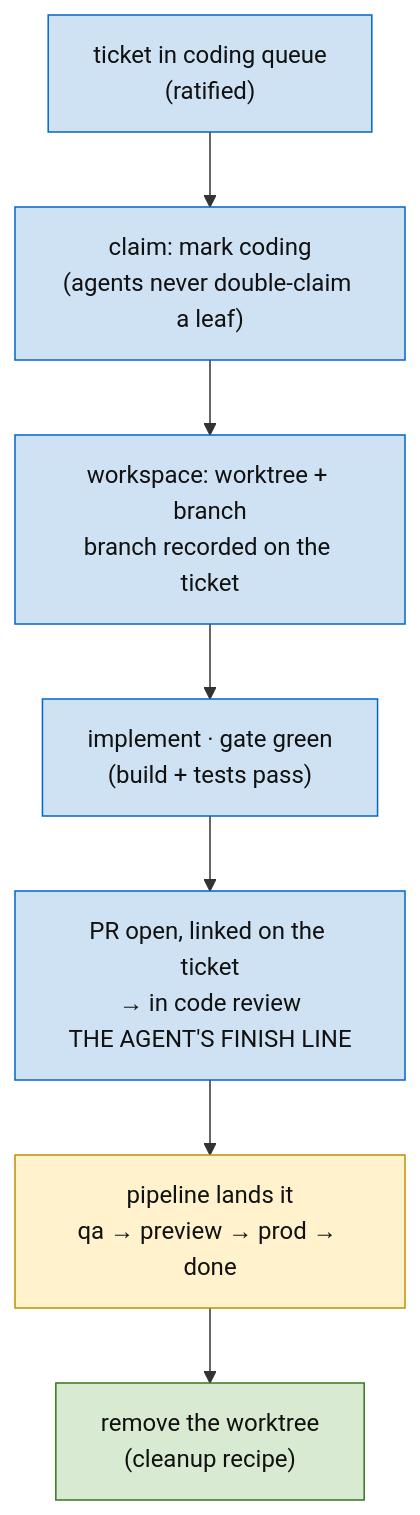
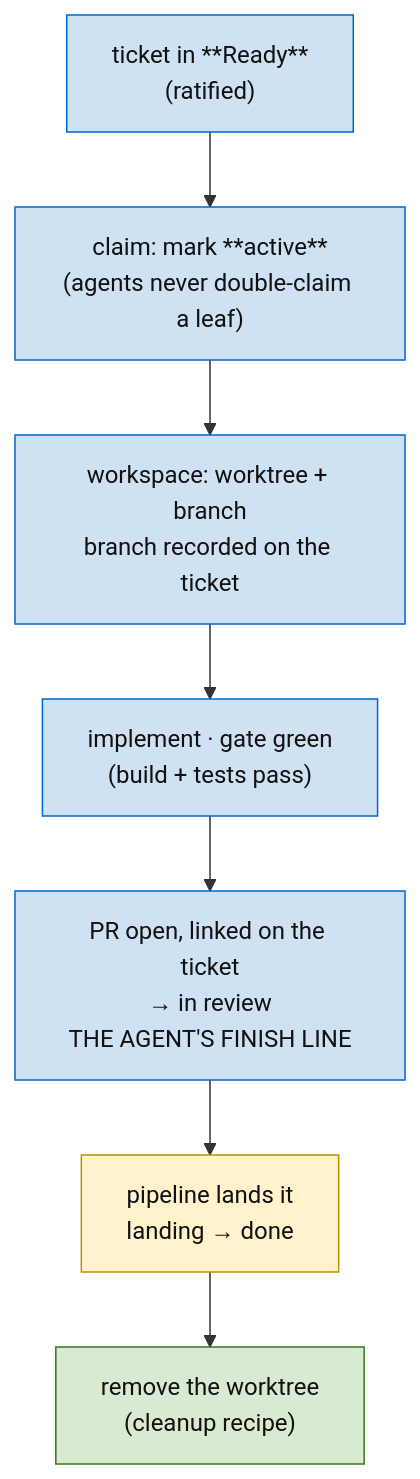
Before and after one commit to hypermemetic-ai/skills: the diagram in skills/building/SKILL.md, drawn with Mermaid. The commit also changed other lines of this file and 19 other files, not shown here.

````diff
--- a/skills/building/SKILL.md
+++ b/skills/building/SKILL.md
@@ -14,15 +14,15 @@
 ```mermaid
 graph TD
-  Q["ticket in coding queue<br/>(ratified)"] --> CLAIM["claim: mark coding<br/>(agents never double-claim a leaf)"]
+  Q["ticket in **Ready**<br/>(ratified)"] --> CLAIM["claim: mark **active**<br/>(agents never double-claim a leaf)"]
   CLAIM --> WS["workspace: worktree + branch<br/>branch recorded on the ticket"]
   WS --> IMPL["implement · gate green<br/>(build + tests pass)"]
-  IMPL --> PR["PR open, linked on the ticket<br/>→ in code review<br/>THE AGENT'S FINISH LINE"]
-  PR --> LAND["pipeline lands it<br/>qa → preview → prod → done"]
+  IMPL --> PR["PR open, linked on the ticket<br/>→ in review<br/>THE AGENT'S FINISH LINE"]
+  PR --> LAND["pipeline lands it<br/>landing → done"]
   LAND --> CLEAN["remove the worktree<br/>(cleanup recipe)"]
   classDef a fill:#cfe2f3,stroke:#0066cc,color:#111;
   classDef h fill:#fff2cc,stroke:#bf9000,color:#111;
   classDef d fill:#d9ead3,stroke:#38761d,color:#111;
   class Q,CLAIM,WS,IMPL,PR a;
   class LAND h;
   class CLEAN d;
 ```
````
